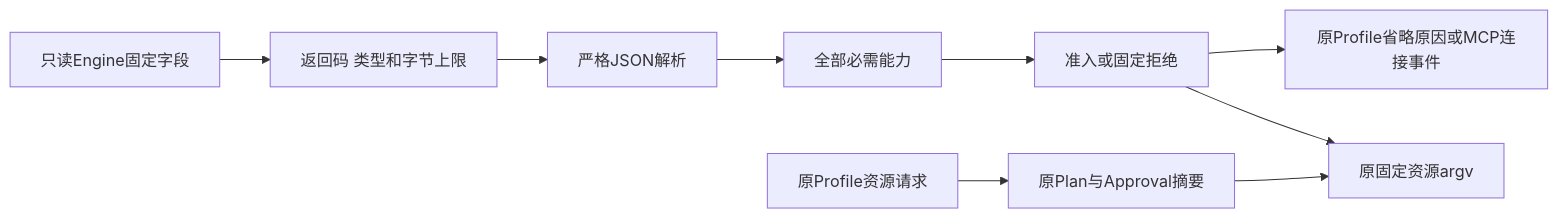
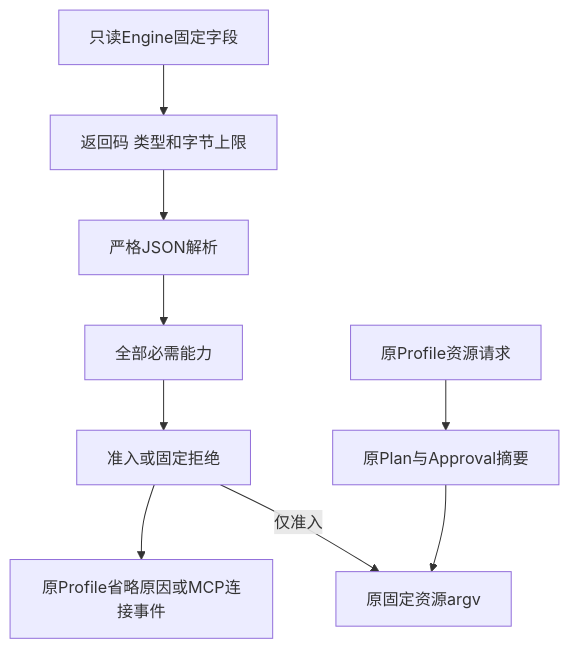
One commit to carrie1988/Harnessix changed the third of 3 diagrams in docs/changes/m09-r1-container-resource-admission.md. Above: the diagram before and after it, drawn with Mermaid. The commit also changed other lines of this file and 67 other files, not shown here.

````diff
--- a/docs/changes/m09-r1-container-resource-admission.md
+++ b/docs/changes/m09-r1-container-resource-admission.md
@@ -151,11 +151,11 @@
 ```mermaid
-flowchart LR
+flowchart TD
     Info[只读Engine固定字段] --> Bounded[返回码 类型和字节上限]
     Bounded --> JSON[严格JSON解析]
     JSON --> Support[全部必需能力]
     Support --> Decision[准入或固定拒绝]
     Decision --> Existing[原Profile省略原因或MCP连接事件]
     Profile[原Profile资源请求] --> Plan[原Plan与Approval摘要]
     Plan --> Launch[原固定资源argv]
-    Decision --> Launch
+    Decision -->|仅准入| Launch
 ```
````
